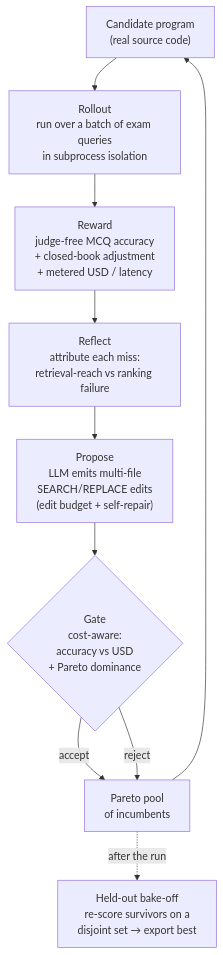
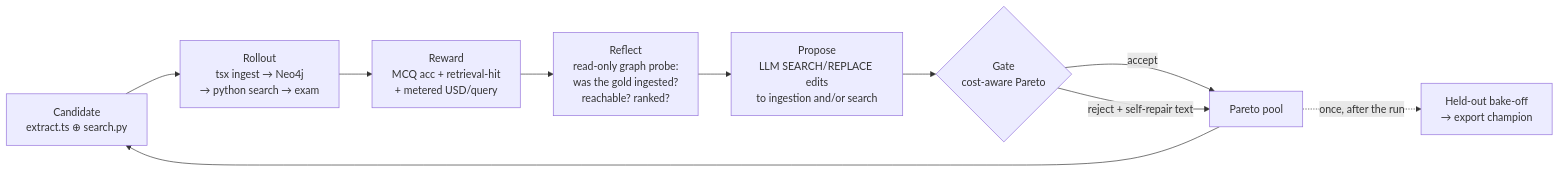
The third of 4 diagrams in README.md (timbtz/RL-on-codefunction-in-a-GraphRAG), drawn with Mermaid before and after one commit. The commit also changed other lines of this file and 2 other files, not shown here.

Commit message:
feat(reward): enhance retrieval hit logic for multi-evidence questions

````diff
--- a/README.md
+++ b/README.md
@@ -99,12 +140,12 @@
 ```mermaid
-flowchart TD
-    A["Candidate program<br/>(real source code)"] --> B["Rollout<br/>run over a batch of exam queries<br/>in subprocess isolation"]
-    B --> C["Reward<br/>judge-free MCQ accuracy<br/>+ closed-book adjustment<br/>+ metered USD / latency"]
-    C --> D["Reflect<br/>attribute each miss:<br/>retrieval-reach vs ranking failure"]
-    D --> E["Propose<br/>LLM emits multi-file<br/>SEARCH/REPLACE edits<br/>(edit budget + self-repair)"]
-    E --> F{"Gate<br/>cost-aware:<br/>accuracy vs USD<br/>+ Pareto dominance"}
-    F -->|accept| G["Pareto pool<br/>of incumbents"]
-    F -->|reject| G
+flowchart LR
+    A["Candidate<br/>extract.ts ⊕ search.py"] --> B["Rollout<br/>tsx ingest → Neo4j<br/>→ python search → exam"]
+    B --> C["Reward<br/>MCQ acc + retrieval-hit<br/>+ metered USD/query"]
+    C --> D["Reflect<br/>read-only graph probe:<br/>was the gold ingested?<br/>reachable? ranked?"]
+    D --> E["Propose<br/>LLM SEARCH/REPLACE edits<br/>to ingestion and/or search"]
+    E --> F{"Gate<br/>cost-aware Pareto"}
+    F -->|accept| G["Pareto pool"]
+    F -->|reject + self-repair text| G
     G --> A
-    G -.->|"after the run"| H["Held-out bake-off<br/>re-score survivors on a<br/>disjoint set → export best"]
+    G -.->|"once, after the run"| H["Held-out bake-off<br/>→ export champion"]
 ```
````
